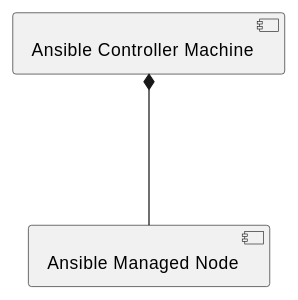
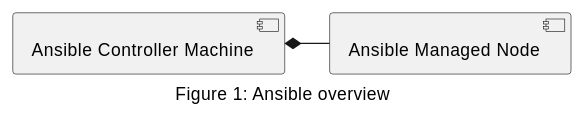
Before and after one commit to lordoftheflies/ansible_collection_skeleton: the diagram in README.md, drawn with PlantUML. The commit also changed other lines of this file, not shown here.

````diff
--- a/README.md
+++ b/README.md
@@ -146,12 +153,8 @@
 ```plantuml
-
 @startuml
-
+caption Figure 1: Ansible overview
 component "Ansible Controller Machine" as acm
 component "Ansible Managed Node" as amn
-
-acm *--- amn
-
+acm *- amn
 @enduml
-
 ```
````
